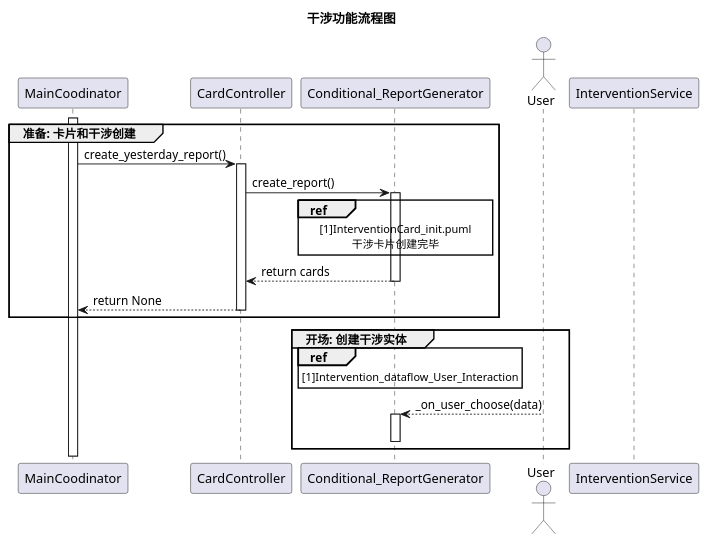
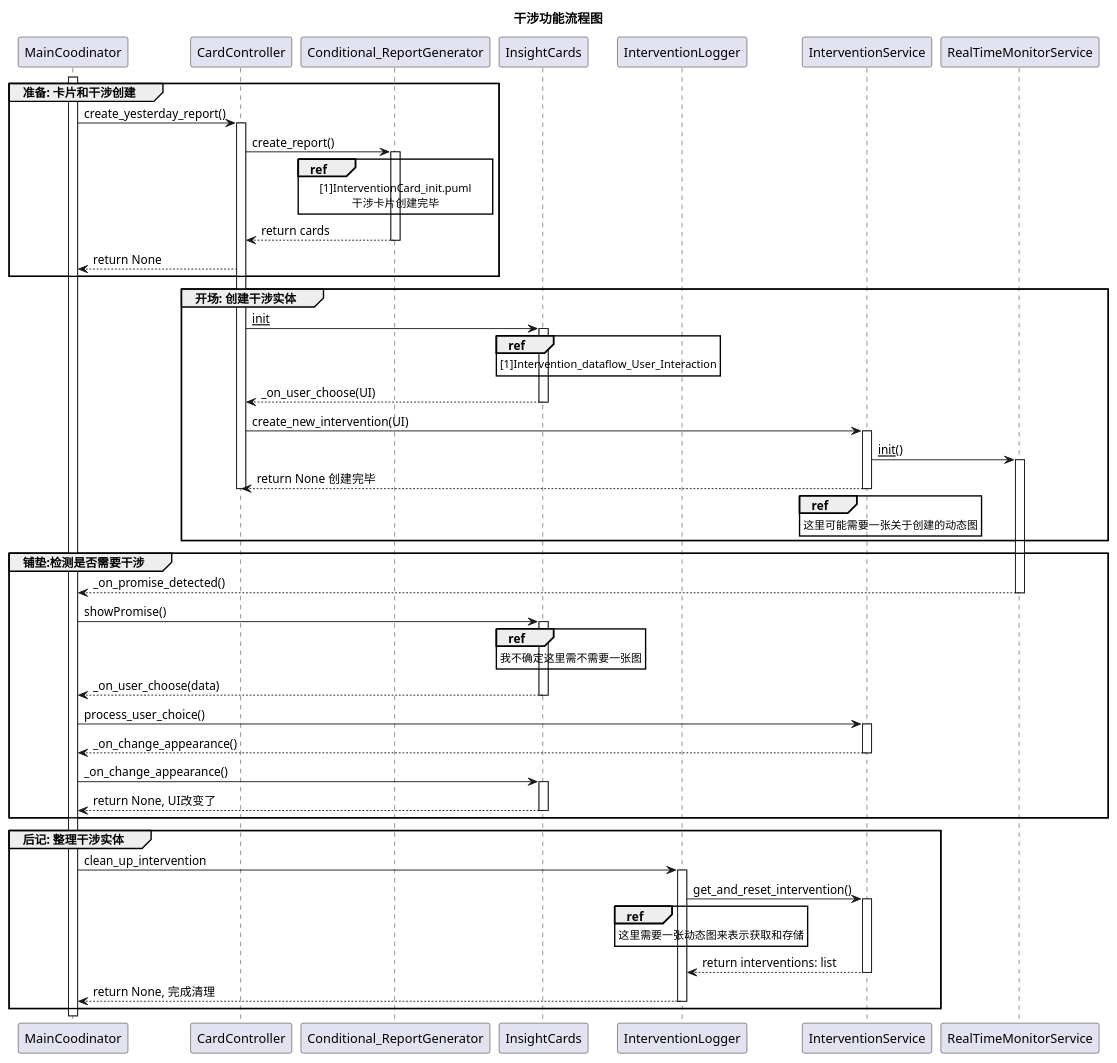
The diagram in documents/umls/0/[0]Intervention_Overview.puml (67-68/Time-Integrator), drawn with PlantUML before and after one commit.

Commit message:
8.16 work

```diff
--- a/documents/umls/0/[0]Intervention_Overview.puml
+++ b/documents/umls/0/[0]Intervention_Overview.puml
@@ -1,53 +1,109 @@
 @startuml
 ' 功能:
 ' 0. 卡片+干涉创建
 ' 1. 创建干涉实体
 ' 2. 检测是否干涉
 ' 3. 干涉操作
 
 title: 干涉功能流程图
 
-participant "MainCoodinator" as coodinator
+participant "MainCoodinator" as coodinator 
 participant "CardController" as controller
 participant "Conditional_ReportGenerator" as generator
-Actor "User" as user
+participant "InsightCards" as ui
+participant "InterventionLogger" as logger
 participant "InterventionService" as service
+participant "RealTimeMonitorService" as monitor
+
 
 activate coodinator
 group 准备: 卡片和干涉创建
     ' 创建报告
     coodinator -> controller: create_yesterday_report()
     activate controller
 
     ' 创建干涉卡片UI
     controller -> generator: create_report()
     activate generator
-
+    
     ref over generator
         [1]InterventionCard_init.puml
         干涉卡片创建完毕
         ' Documents/umls/1/[1]InterventionCard_init.puml
     end ref
 
     generator --> controller: return cards
     deactivate generator
 
     controller --> coodinator: return None 
-    deactivate controller
 end group
 
+
 group 开场: 创建干涉实体
+    controller -> ui: __init__
+    activate ui
+
     ' 用户和UI交互
-    ref over generator: [1]Intervention_dataflow_User_Interaction
+    ref over ui: [1]Intervention_dataflow_User_Interaction
     ' Documents/umls/1/[1]Intervention_dataflow_User_Interaction
     
-    user --> generator: _on_user_choose(data)
-    activate generator
+    ui --> controller: _on_user_choose(UI)
+    deactivate ui
 
     ' 创建干涉实体逻辑类
+    controller -> service: create_new_intervention(UI)
+    activate service
 
+    service -> monitor: __init__()
+    activate monitor
+
+    service --> controller: return None 创建完毕
+    deactivate service
+    deactivate controller
+
+    ref over service: 这里可能需要一张关于创建的动态图
+end group
+
+group 铺垫:检测是否需要干涉
+    ' 检测
+    monitor --> coodinator: _on_promise_detected()
+    deactivate monitor
+
+    coodinator -> ui: showPromise()
+    activate ui
+
+    ref over ui: 我不确定这里需不需要一张图
+
+    ' 借由Coodinator传递信息
+    ui --> coodinator: _on_user_choose(data)
+    deactivate ui
+
+    coodinator -> service: process_user_choice()
+    activate service
+
+    service --> coodinator: _on_change_appearance()
+    deactivate service
+
+    coodinator -> ui: _on_change_appearance()
+    activate ui
+    ui --> coodinator: return None, UI改变了
+    deactivate ui
     
-    deactivate generator
+end group
 
+group 后记: 整理干涉实体
+    coodinator -> logger: clean_up_intervention
+    activate logger
+
+    logger -> service: get_and_reset_intervention()
+    activate service
+
+    ref over logger: 这里需要一张动态图来表示获取和存储
+
+    service --> logger: return interventions: list
+    deactivate service
+
+    logger --> coodinator: return None, 完成清理
+    deactivate logger
 end group
 @enduml
```
